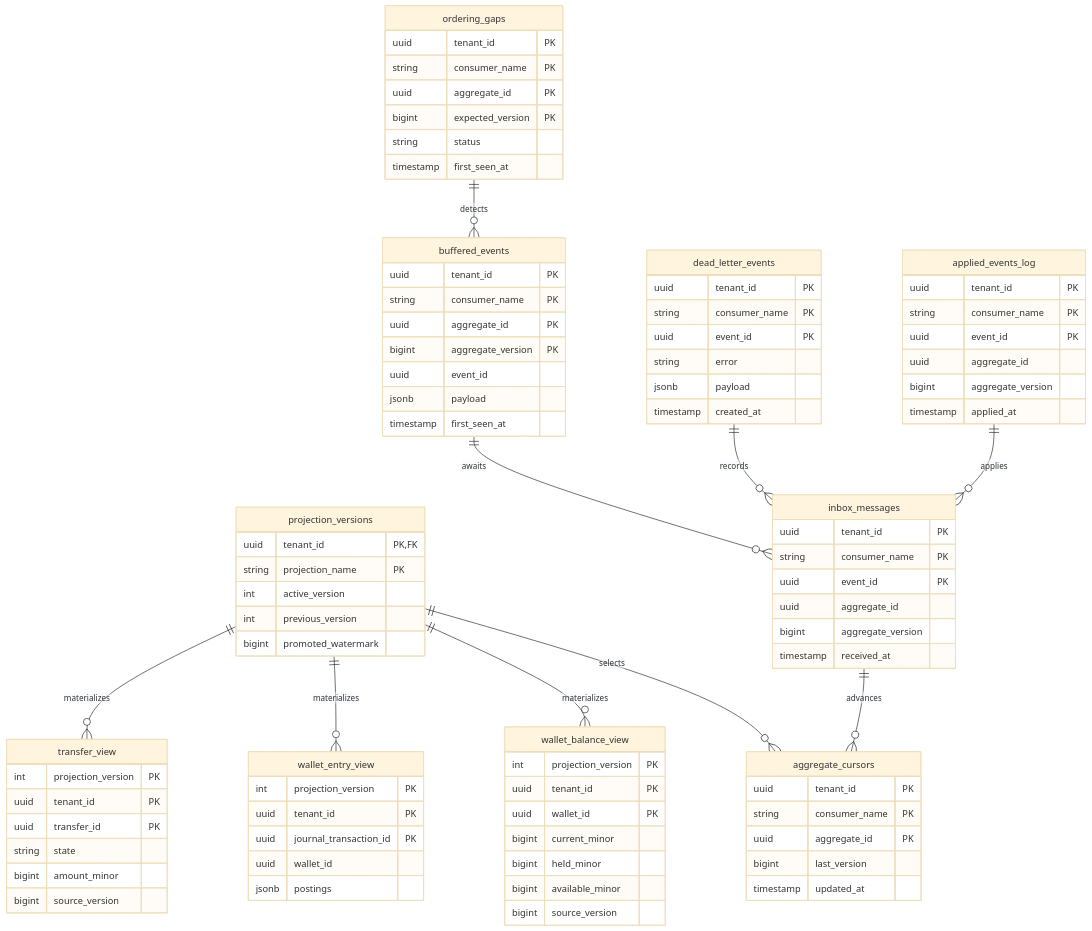
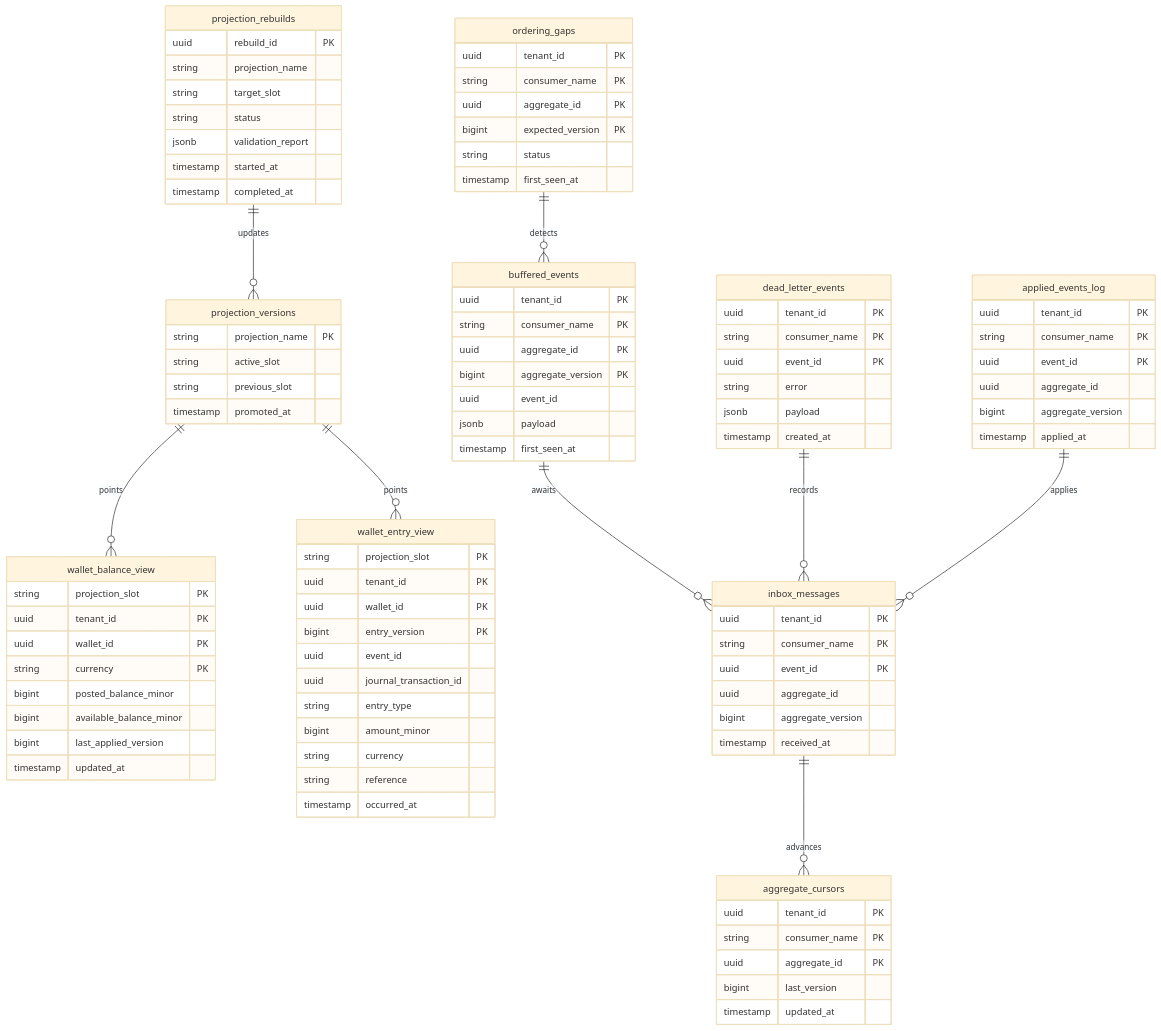
Before and after one commit to prajexec/Wallet: the fourth of 4 diagrams in docs/data-model.md, drawn with Mermaid (base theme). The commit also changed other lines of this file and 9 other files, not shown here.

First line of the commit message:
docs(projections): specify cqrs dual-slot architecture and read-your-writes contract

````diff
--- a/docs/data-model.md
+++ b/docs/data-model.md
@@ -185,9 +185,8 @@
 ```mermaid
 erDiagram
-    projection_versions ||--o{ aggregate_cursors : selects
-    projection_versions ||--o{ wallet_balance_view : materializes
-    projection_versions ||--o{ wallet_entry_view : materializes
-    projection_versions ||--o{ transfer_view : materializes
+    projection_versions ||--o{ wallet_balance_view : points
+    projection_versions ||--o{ wallet_entry_view : points
+    projection_rebuilds ||--o{ projection_versions : updates
     inbox_messages ||--o{ aggregate_cursors : advances
     buffered_events ||--o{ inbox_messages : awaits
     ordering_gaps ||--o{ buffered_events : detects
@@ -195,11 +194,19 @@
     applied_events_log ||--o{ inbox_messages : applies
 
     projection_versions {
-        uuid tenant_id PK,FK
         string projection_name PK
-        int active_version
-        int previous_version
-        bigint promoted_watermark
+        string active_slot
+        string previous_slot
+        timestamp promoted_at
+    }
+    projection_rebuilds {
+        uuid rebuild_id PK
+        string projection_name
+        string target_slot
+        string status
+        jsonb validation_report
+        timestamp started_at
+        timestamp completed_at
     }
     inbox_messages {
         uuid tenant_id PK
@@ -250,27 +257,26 @@
         timestamp applied_at
     }
     wallet_balance_view {
-        int projection_version PK
+        string projection_slot PK
         uuid tenant_id PK
         uuid wallet_id PK
-        bigint current_minor
-        bigint held_minor
-        bigint available_minor
-        bigint source_version
+        string currency PK
+        bigint posted_balance_minor
+        bigint available_balance_minor
+        bigint last_applied_version
+        timestamp updated_at
     }
     wallet_entry_view {
-        int projection_version PK
+        string projection_slot PK
         uuid tenant_id PK
-        uuid journal_transaction_id PK
-        uuid wallet_id
-        jsonb postings
-    }
-    transfer_view {
-        int projection_version PK
-        uuid tenant_id PK
-        uuid transfer_id PK
-        string state
+        uuid wallet_id PK
+        bigint entry_version PK
+        uuid event_id
+        uuid journal_transaction_id
+        string entry_type
         bigint amount_minor
-        bigint source_version
+        string currency
+        string reference
+        timestamp occurred_at
     }
 ```
````
